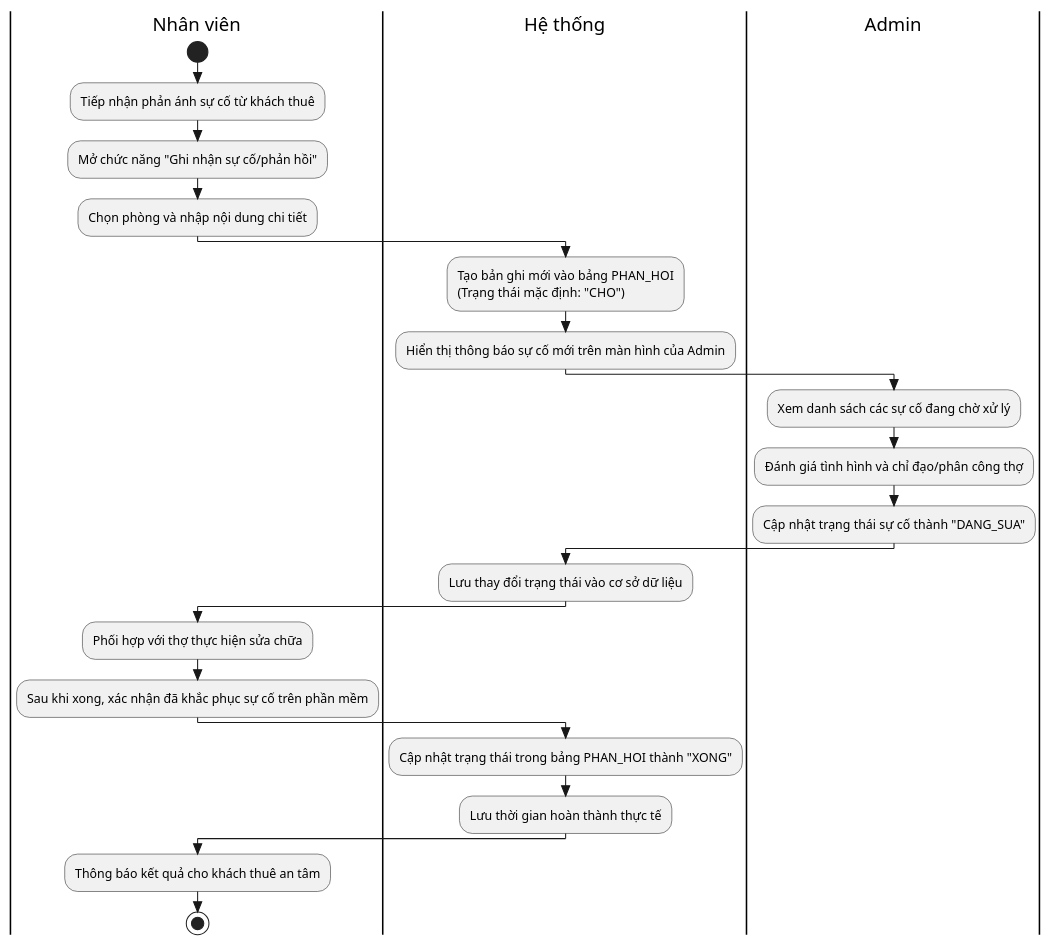
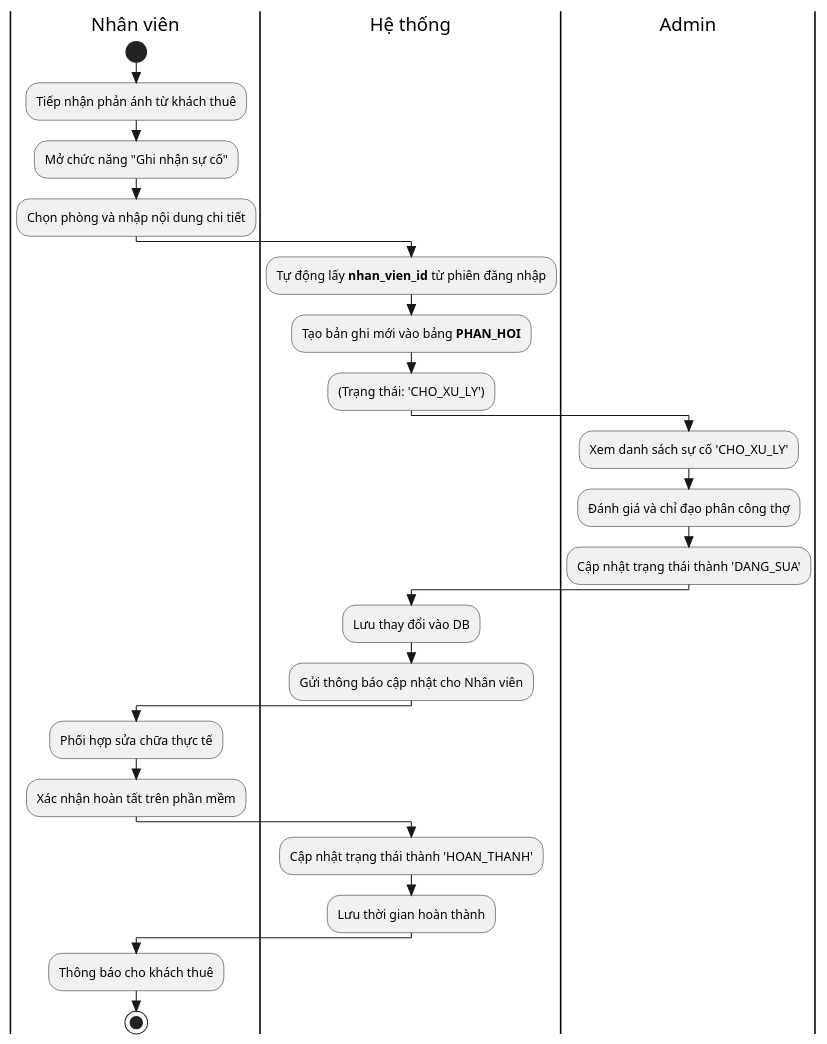
The diagram in src/main/java/com/example/house/uml/activity/activity_incident_management.puml (ongming/Boarding-House-Management-System), drawn with PlantUML before and after one commit. The commit also changed 25 other files, not shown here.

Commit message:
Cập nhật UML chuẩn

```diff
--- a/src/main/java/com/example/house/uml/activity/activity_incident_management.puml
+++ b/src/main/java/com/example/house/uml/activity/activity_incident_management.puml
@@ -1,34 +1,35 @@
 @startuml
 skinparam style strictuml
 
 |Nhân viên|
 start
-:Tiếp nhận phản ánh sự cố từ khách thuê;
-:Mở chức năng "Ghi nhận sự cố/phản hồi";
+:Tiếp nhận phản ánh từ khách thuê;
+:Mở chức năng "Ghi nhận sự cố";
 :Chọn phòng và nhập nội dung chi tiết;
 
 |Hệ thống|
-:Tạo bản ghi mới vào bảng PHAN_HOI
-(Trạng thái mặc định: "CHO");
-:Hiển thị thông báo sự cố mới trên màn hình của Admin;
+:Tự động lấy **nhan_vien_id** từ phiên đăng nhập;
+:Tạo bản ghi mới vào bảng **PHAN_HOI**;
+:(Trạng thái: 'CHO_XU_LY');
 
 |Admin|
-:Xem danh sách các sự cố đang chờ xử lý;
-:Đánh giá tình hình và chỉ đạo/phân công thợ;
-:Cập nhật trạng thái sự cố thành "DANG_SUA";
+:Xem danh sách sự cố 'CHO_XU_LY';
+:Đánh giá và chỉ đạo phân công thợ;
+:Cập nhật trạng thái thành 'DANG_SUA';
 
 |Hệ thống|
-:Lưu thay đổi trạng thái vào cơ sở dữ liệu;
+:Lưu thay đổi vào DB;
+:Gửi thông báo cập nhật cho Nhân viên;
 
 |Nhân viên|
-:Phối hợp với thợ thực hiện sửa chữa;
-:Sau khi xong, xác nhận đã khắc phục sự cố trên phần mềm;
+:Phối hợp sửa chữa thực tế;
+:Xác nhận hoàn tất trên phần mềm;
 
 |Hệ thống|
-:Cập nhật trạng thái trong bảng PHAN_HOI thành "XONG";
-:Lưu thời gian hoàn thành thực tế;
+:Cập nhật trạng thái thành 'HOAN_THANH';
+:Lưu thời gian hoàn thành;
 
 |Nhân viên|
-:Thông báo kết quả cho khách thuê an tâm;
+:Thông báo cho khách thuê;
 stop
 @enduml
```
